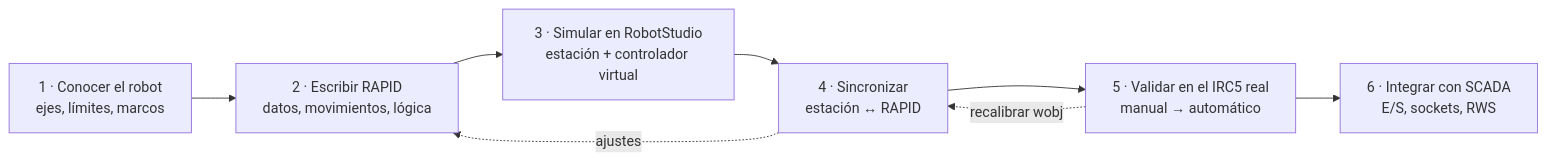
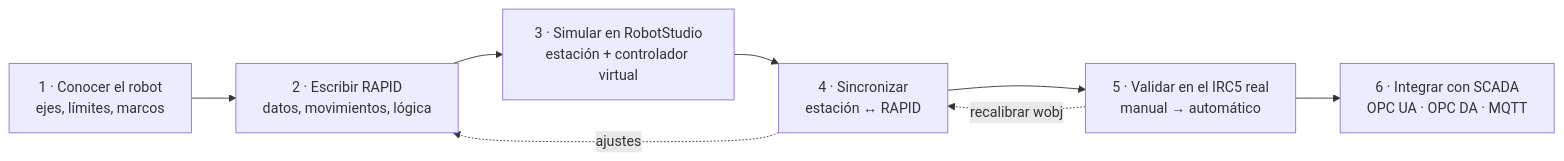
The first of 24 diagrams in README.md (Nicolas-Eule/SCADA_LabSIR), drawn with Mermaid before and after one commit. The commit also changed other lines of this file, not shown here.

Commit message:
Update SCADA

````diff
--- a/README.md
+++ b/README.md
@@ -31,10 +33,10 @@
 ```mermaid
 flowchart LR
     A["1 · Conocer el robot<br/>ejes, límites, marcos"] --> B["2 · Escribir RAPID<br/>datos, movimientos, lógica"]
     B --> C["3 · Simular en RobotStudio<br/>estación + controlador virtual"]
     C --> D["4 · Sincronizar<br/>estación ↔ RAPID"]
     D --> E["5 · Validar en el IRC5 real<br/>manual → automático"]
-    E --> F["6 · Integrar con SCADA<br/>E/S, sockets, RWS"]
+    E --> F["6 · Integrar con SCADA<br/>OPC UA · OPC DA · MQTT"]
     D -. "ajustes" .-> B
     E -. "recalibrar wobj" .-> D
 ```
````
